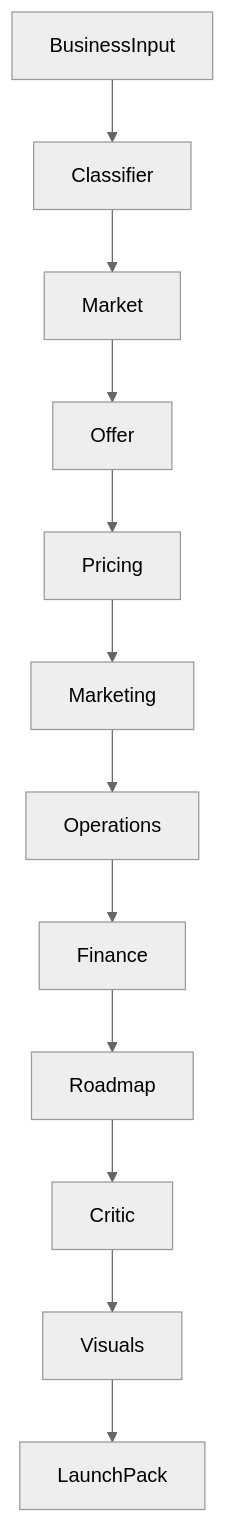
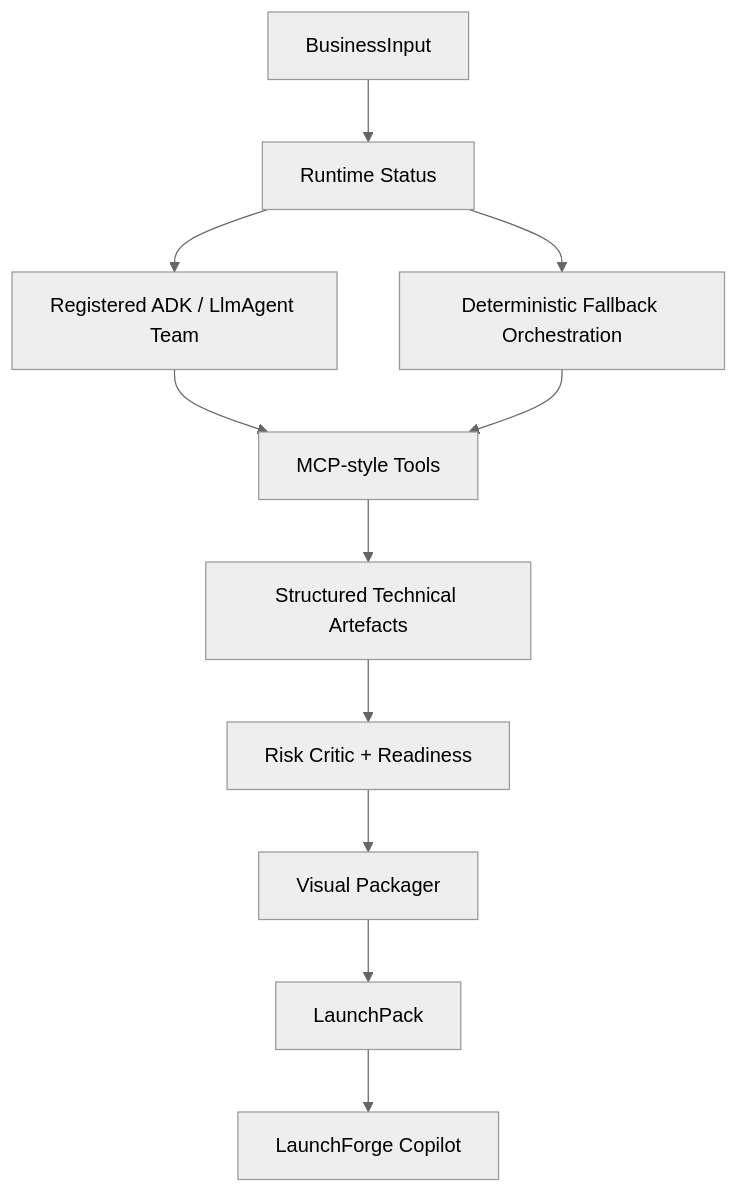
Before and after one commit to kishwatch0802-commits/launchforge-ai-agent: the diagram in docs/architecture.md, drawn with Mermaid (neutral theme). The commit also changed other lines of this file and 37 other files, not shown here.

Commit message:
Working Streamlit LaunchForge with contextual Copilot

````diff
--- a/docs/architecture.md
+++ b/docs/architecture.md
@@ -17,14 +23,13 @@
 ```mermaid
 flowchart TD
-    Input[BusinessInput] --> Classifier
-    Classifier --> Market
-    Market --> Offer
-    Offer --> Pricing
-    Pricing --> Marketing
-    Marketing --> Operations
-    Operations --> Finance
-    Finance --> Roadmap
-    Roadmap --> Critic
-    Critic --> Visuals
+    Input[BusinessInput] --> Runtime[Runtime Status]
+    Runtime --> Agents[Registered ADK / LlmAgent Team]
+    Runtime --> Fallback[Deterministic Fallback Orchestration]
+    Agents --> Tools[MCP-style Tools]
+    Fallback --> Tools
+    Tools --> Artefacts[Structured Technical Artefacts]
+    Artefacts --> Critic[Risk Critic + Readiness]
+    Critic --> Visuals[Visual Packager]
     Visuals --> Pack[LaunchPack]
+    Pack --> Copilot[LaunchForge Copilot]
 ```
````
